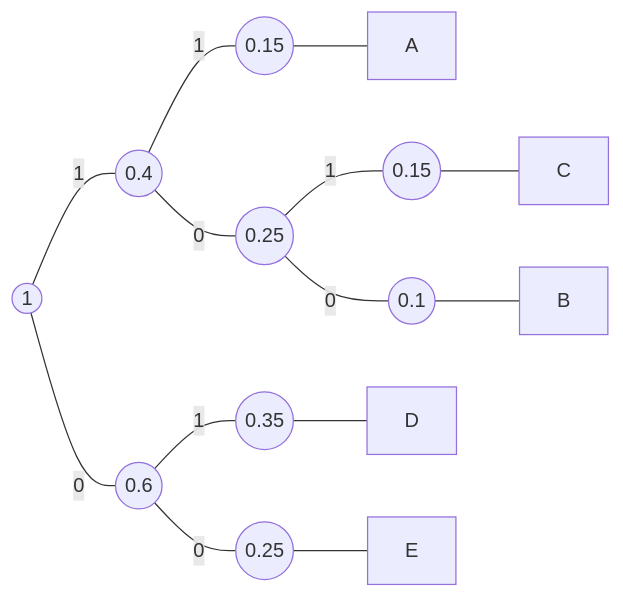
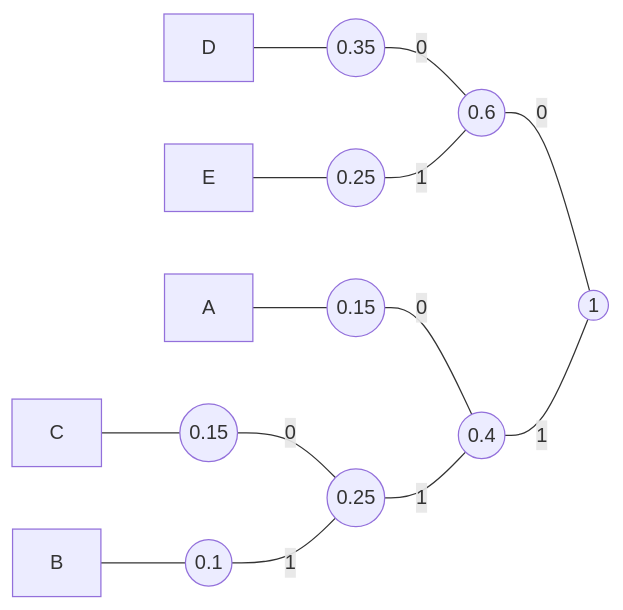
Before and after one commit to TUL-IT-2020/TUL-SZZ: the diagram in Signály/kódování/Bezztrátová komprese/Huffmanovo kódování.md, drawn with Mermaid. The commit also changed other lines of this file and 15 other files, not shown here.

````diff
--- a/Signály/kódování/Bezztrátová komprese/Huffmanovo kódování.md
+++ b/Signály/kódování/Bezztrátová komprese/Huffmanovo kódování.md
@@ -9,26 +20,26 @@
 ``` mermaid
-flowchart RL
+flowchart LR
 	Av((0.15))
 	Bv((0.1))
 	Cv((0.15))
 	Dv((0.35))
 	Ev((0.25))
 
 	A---Av
 	B---Bv
 	C---Cv
 	D---Dv
 	E---Ev
 
-	Cv ---|1| F((0.25))
-	Bv ---|0| F
+	Cv ---|0| F((0.25))
+	Bv ---|1| F
 
-	Av ---|1| G((0.4))
-	F ---|0| G
+	Av ---|0| G((0.4))
+	F ---|1| G
 
-	Dv ---|1| H((0.6))
-	Ev ---|0| H
+	Dv ---|0| H((0.6))
+	Ev ---|1| H
 
-	G ---|1| I((1))
-	H ---|0| I
+	H ---|0| I((1))
+	G ---|1| I
 ```
````
